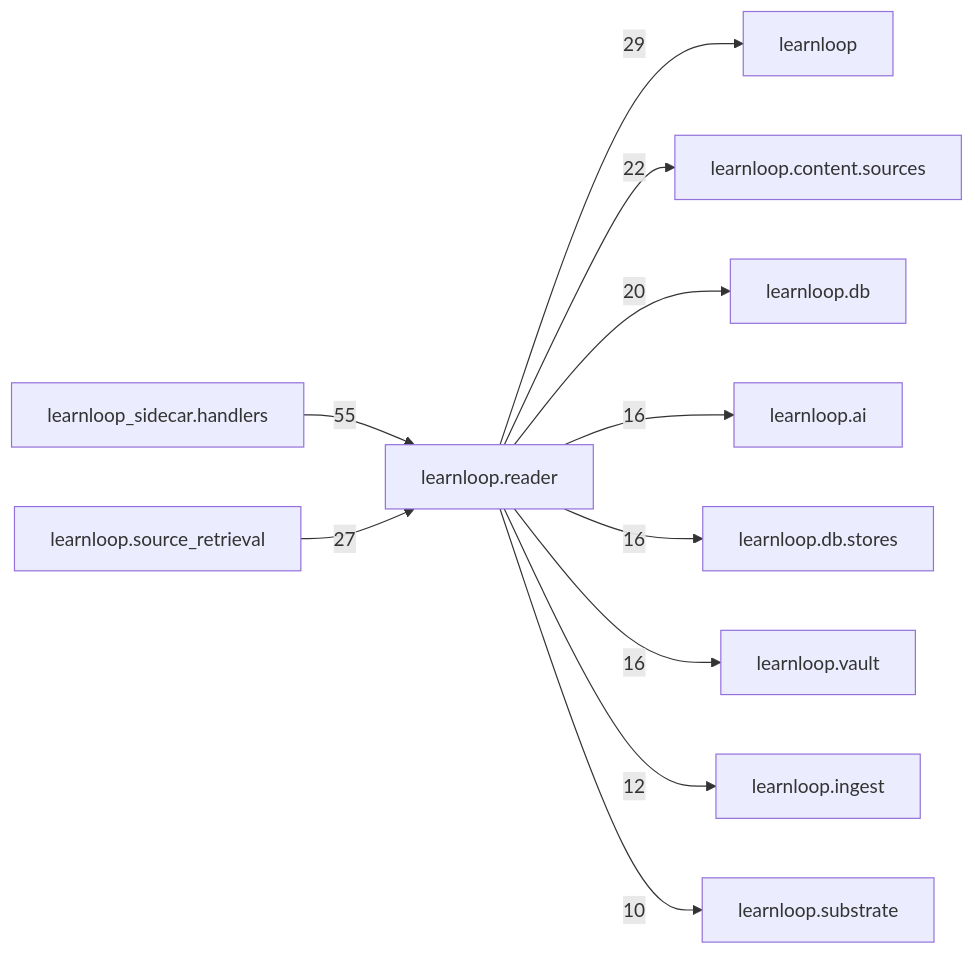
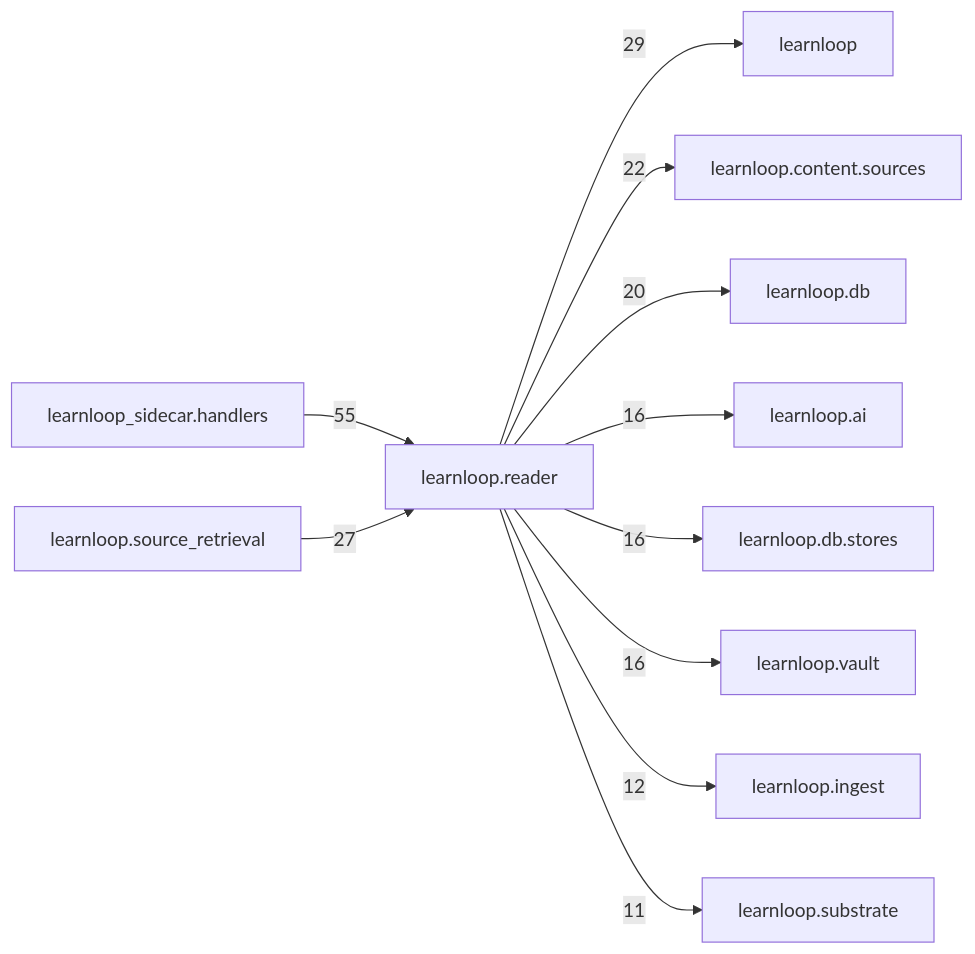
Before and after one commit to 6up-b/learnanything: the diagram in docs/learnloop-architecture-vault/Reference/Modules/learnloop/reader/_package.md, drawn with Mermaid. The commit also changed other lines of this file and 122 other files, not shown here.

````diff
--- a/docs/learnloop-architecture-vault/Reference/Modules/learnloop/reader/_package.md
+++ b/docs/learnloop-architecture-vault/Reference/Modules/learnloop/reader/_package.md
@@ -161,24 +162,24 @@
 ```mermaid
 flowchart LR
     center["learnloop.reader"]
     n_learnloop_sidecar_handlers["learnloop_sidecar.handlers"]
     n_learnloop["learnloop"]
     n_learnloop_source_retrieval["learnloop.source_retrieval"]
     n_learnloop_content_sources["learnloop.content.sources"]
     n_learnloop_db["learnloop.db"]
     n_learnloop_ai["learnloop.ai"]
     n_learnloop_db_stores["learnloop.db.stores"]
     n_learnloop_vault["learnloop.vault"]
     n_learnloop_ingest["learnloop.ingest"]
     n_learnloop_substrate["learnloop.substrate"]
     n_learnloop_sidecar_handlers -->|55| center
     center -->|29| n_learnloop
     n_learnloop_source_retrieval -->|27| center
     center -->|22| n_learnloop_content_sources
     center -->|20| n_learnloop_db
     center -->|16| n_learnloop_ai
     center -->|16| n_learnloop_db_stores
     center -->|16| n_learnloop_vault
     center -->|12| n_learnloop_ingest
-    center -->|10| n_learnloop_substrate
+    center -->|11| n_learnloop_substrate
 ```
````
